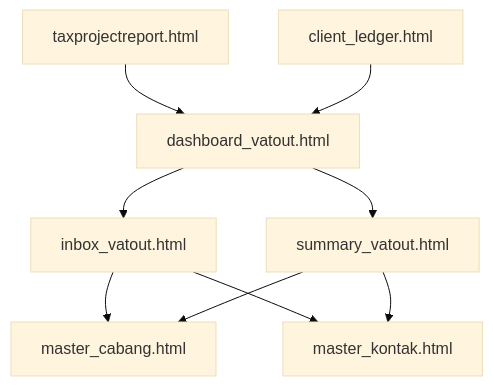
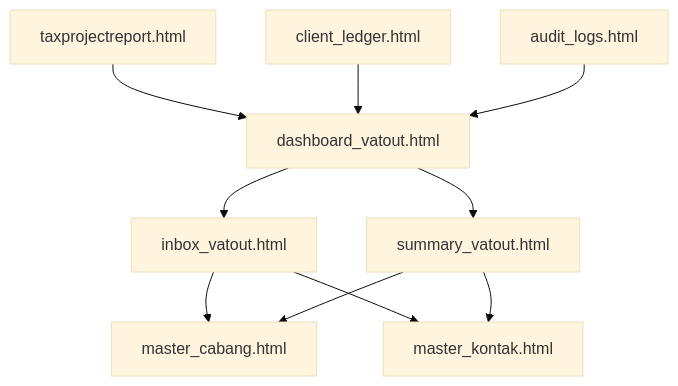
The tenth of 11 diagrams in .qoder/repowiki/en/content/VAT Management System/VAT Output (VAT OUT).md (rendisiagian/TDS_by_RENDISIAGIAN), drawn with Mermaid (base theme) before and after one commit. The commit also changed other lines of this file and 55 other files, not shown here.

````diff
--- a/.qoder/repowiki/en/content/VAT Management System/VAT Output (VAT OUT).md
+++ b/.qoder/repowiki/en/content/VAT Management System/VAT Output (VAT OUT).md
@@ -489,18 +482,20 @@
 ```mermaid
 graph TB
 DSH["dashboard_vatout.html"]
 INBX["inbox_vatout.html"]
 SMRY["summary_vatout.html"]
 MC["master_cabang.html"]
 MK["master_kontak.html"]
 TPR["taxprojectreport.html"]
 CL["client_ledger.html"]
+AL["audit_logs.html"]
 DSH --> INBX
 DSH --> SMRY
 INBX --> MC
 INBX --> MK
 SMRY --> MC
 SMRY --> MK
 TPR --> DSH
 CL --> DSH
+AL --> DSH
 ```
````
